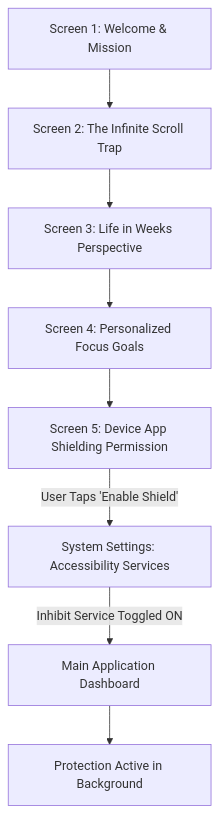
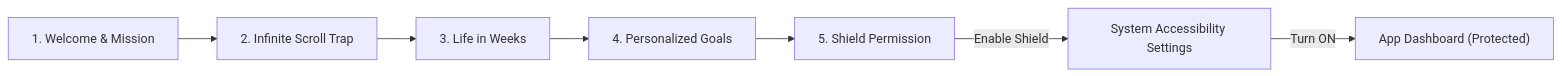
The second of 3 diagrams in README.md (pavanstarkin-tech/inhibit), drawn with Mermaid before and after one commit. The commit also changed other lines of this file, not shown here.

Commit message:
Fix mermaid rendering by removing details tag wrappers and clean syntax

````diff
--- a/README.md
+++ b/README.md
@@ -78,10 +77,9 @@
 ```mermaid
-graph TD
-    A[Screen 1: Welcome & Mission] --> B[Screen 2: The Infinite Scroll Trap]
-    B --> C[Screen 3: Life in Weeks Perspective]
-    C --> D[Screen 4: Personalized Focus Goals]
-    D --> E[Screen 5: Device App Shielding Permission]
-    E -->|User Taps 'Enable Shield'| F[System Settings: Accessibility Services]
-    F -->|Inhibit Service Toggled ON| G[Main Application Dashboard]
-    G --> H[Protection Active in Background]
+flowchart LR
+    A["1. Welcome & Mission"] --> B["2. Infinite Scroll Trap"]
+    B --> C["3. Life in Weeks"]
+    C --> D["4. Personalized Goals"]
+    D --> E["5. Shield Permission"]
+    E -->|Enable Shield| F["System Accessibility Settings"]
+    F -->|Turn ON| G["App Dashboard (Protected)"]
 ```
````
